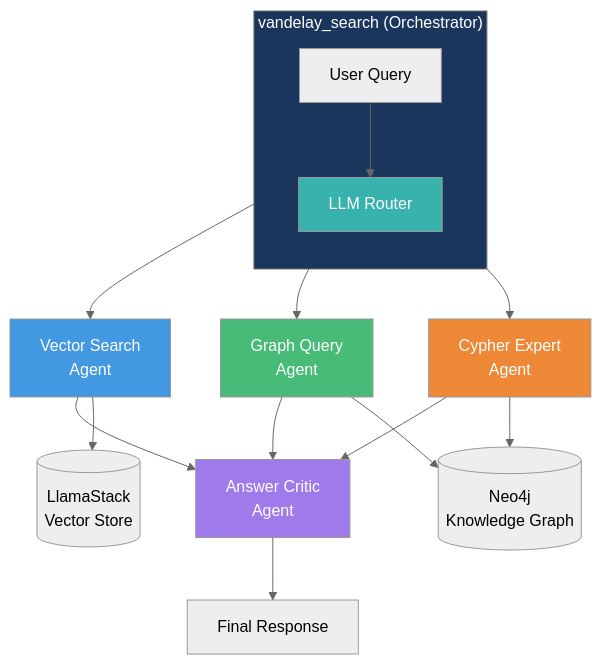
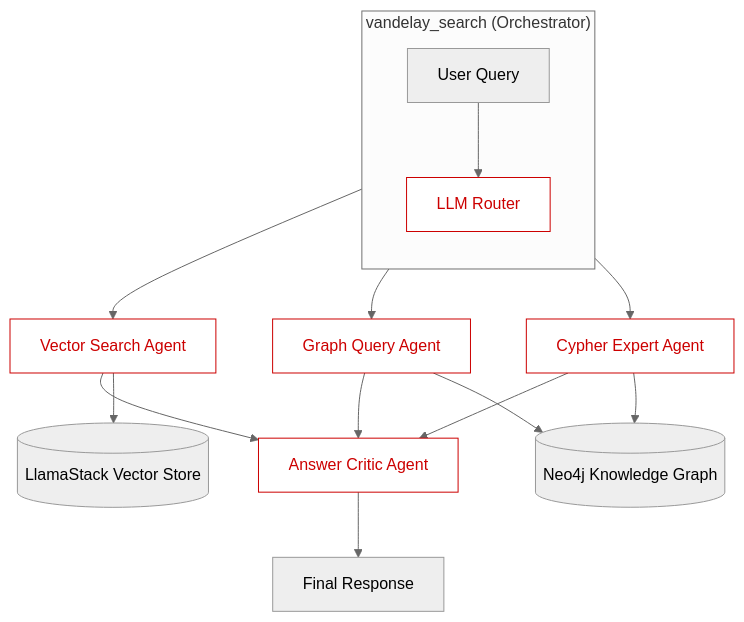
Before and after one commit to rrbanda/vandelay-ai: the second of 2 diagrams in README.md, drawn with Mermaid (neutral theme). The commit also changed other lines of this file, not shown here.

Commit message:
Simplify Mermaid diagram styling - white background, red text

````diff
--- a/README.md
+++ b/README.md
@@ -121,28 +116,27 @@
 ```mermaid
 graph TB
     subgraph ORCHESTRATOR["vandelay_search (Orchestrator)"]
         direction TB
         USER["User Query"] --> ROUTER["LLM Router"]
     end
     
-    ROUTER --> VS["Vector Search<br/>Agent"]
-    ROUTER --> GQ["Graph Query<br/>Agent"]
-    ROUTER --> CE["Cypher Expert<br/>Agent"]
+    ROUTER --> VS["Vector Search Agent"]
+    ROUTER --> GQ["Graph Query Agent"]
+    ROUTER --> CE["Cypher Expert Agent"]
     
-    VS --> CRITIC["Answer Critic<br/>Agent"]
+    VS --> CRITIC["Answer Critic Agent"]
     GQ --> CRITIC
     CE --> CRITIC
     
     CRITIC --> RESPONSE["Final Response"]
     
-    VS --> VSDB[("LlamaStack<br/>Vector Store")]
-    GQ --> NEO4J[("Neo4j<br/>Knowledge Graph")]
+    VS --> VSDB[("LlamaStack Vector Store")]
+    GQ --> NEO4J[("Neo4j Knowledge Graph")]
     CE --> NEO4J
     
-    style ORCHESTRATOR fill:#1a365d,color:#fff
-    style ROUTER fill:#38b2ac,color:#fff
-    style VS fill:#4299e1,color:#fff
-    style GQ fill:#48bb78,color:#fff
-    style CE fill:#ed8936,color:#fff
-    style CRITIC fill:#9f7aea,color:#fff
+    style ROUTER fill:#fff,stroke:#c00,color:#c00
+    style VS fill:#fff,stroke:#c00,color:#c00
+    style GQ fill:#fff,stroke:#c00,color:#c00
+    style CE fill:#fff,stroke:#c00,color:#c00
+    style CRITIC fill:#fff,stroke:#c00,color:#c00
 ```
````
